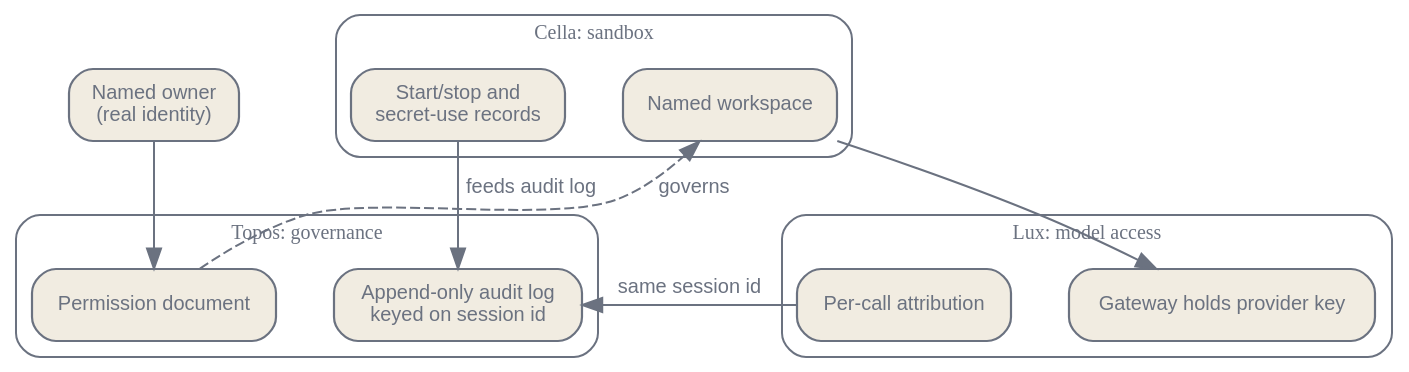
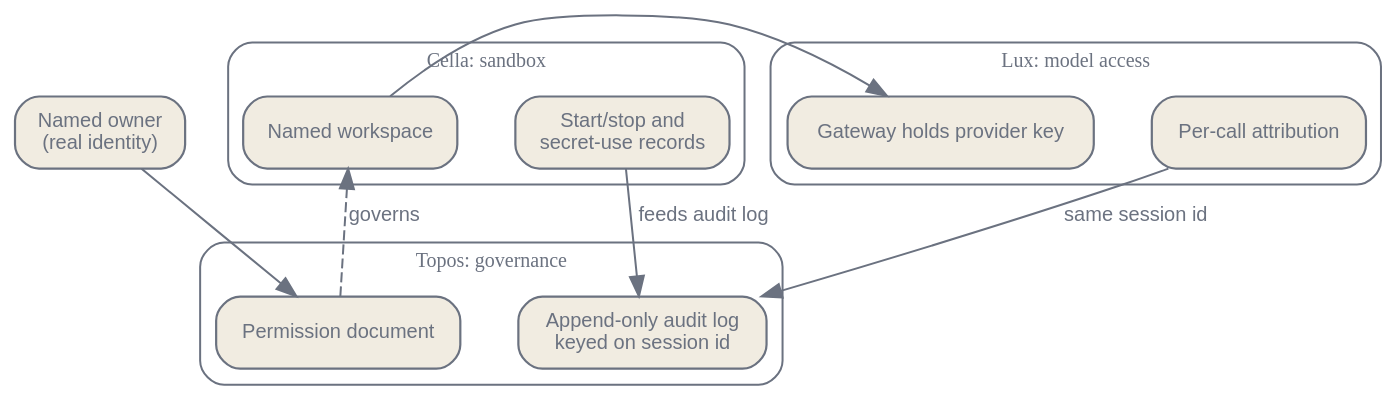
Before and after one commit to latere-ai/ai-as-an-infrastructure: the third of 3 diagrams in en/ecosystem/02-tooling-ecosystem.qmd, drawn with Graphviz. The commit also changed other lines of this file and 1 other file, not shown here.

Commit message:
tooling-ecosystem: reorder session-id diagram so work-to-gateway edge stops arcing over the clusters

````diff
--- a/en/ecosystem/02-tooling-ecosystem.qmd
+++ b/en/ecosystem/02-tooling-ecosystem.qmd
@@ -342,35 +342,35 @@
 ```{dot}
 //| label: fig-tooling-composition
 //| fig-cap: "The layers compose around one session id. Governance reads the sandbox audit log, the gateway's attribution keys on the same session id, and a named owner ties it all to a real identity."
 digraph {
   bgcolor="transparent";
   rankdir=TB;
   nodesep=0.4; ranksep=0.5;
   node [shape=box, style="rounded,filled", fontname="Helvetica", fontsize=10, color="#6b7280", fontcolor="#6b7280", fillcolor="#f1ece1", penwidth=1.1];
   edge [fontsize=10, fontname="Helvetica", color="#6b7280", fontcolor="#6b7280"];
 
   owner [label="Named owner\n(real identity)"];
 
-  subgraph cluster_topos {
-    label="Topos: governance"; style=rounded; color="#6b7280"; fontcolor="#6b7280"; fontsize=10;
-    doc [label="Permission document"];
-    log [label="Append-only audit log\nkeyed on session id"];
-  }
   subgraph cluster_cella {
     label="Cella: sandbox"; style=rounded; color="#6b7280"; fontcolor="#6b7280"; fontsize=10;
+    rec [label="Start/stop and\nsecret-use records"];
     work [label="Named workspace"];
-    rec [label="Start/stop and\nsecret-use records"];
   }
   subgraph cluster_lux {
     label="Lux: model access"; style=rounded; color="#6b7280"; fontcolor="#6b7280"; fontsize=10;
     gw [label="Gateway holds provider key"];
     attr [label="Per-call attribution"];
+  }
+  subgraph cluster_topos {
+    label="Topos: governance"; style=rounded; color="#6b7280"; fontcolor="#6b7280"; fontsize=10;
+    doc [label="Permission document"];
+    log [label="Append-only audit log\nkeyed on session id"];
   }
 
   owner -> doc;
   doc -> work [label="governs", style=dashed];
   rec -> log [label="feeds audit log"];
   attr -> log [label="same session id"];
   work -> gw;
 }
 ```
````
